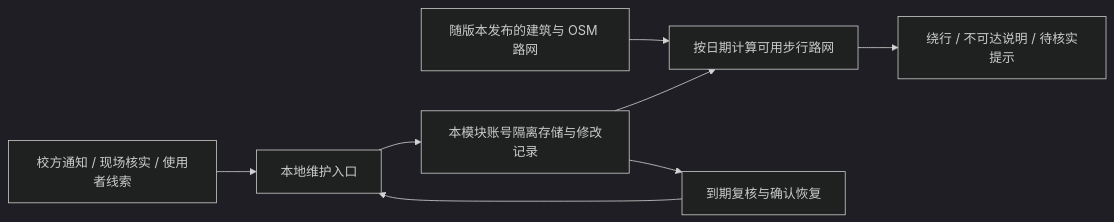
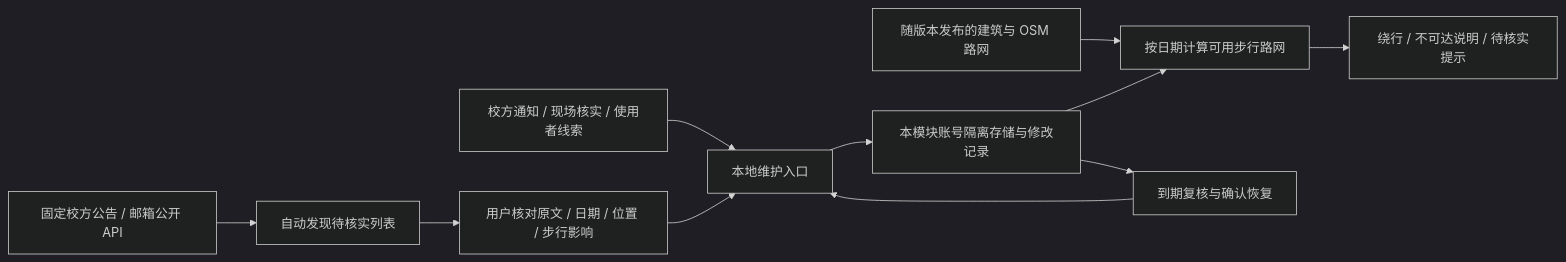
Before and after one commit to David-goldenman/SHTU-campusMate: the diagram in modules/campus-map/MAINTENANCE.md, drawn with Mermaid (dark theme). The commit also changed other lines of this file and 11 other files, not shown here.

````diff
--- a/modules/campus-map/MAINTENANCE.md
+++ b/modules/campus-map/MAINTENANCE.md
@@ -11,10 +11,13 @@
 ```mermaid
 flowchart LR
     Base[随版本发布的建筑与 OSM 路网] --> Combine[按日期计算可用步行路网]
     Evidence[校方通知 / 现场核实 / 使用者线索] --> Edit[本地维护入口]
+    Sources[固定校方公告 / 邮箱公开 API] --> Pending[自动发现待核实列表]
+    Pending --> Confirm[用户核对原文 / 日期 / 位置 / 步行影响]
+    Confirm --> Edit
     Edit --> Store[本模块账号隔离存储与修改记录]
     Store --> Combine
     Combine --> Route[绕行 / 不可达说明 / 待核实提示]
     Store --> Review[到期复核与确认恢复]
     Review --> Edit
 ```
````
